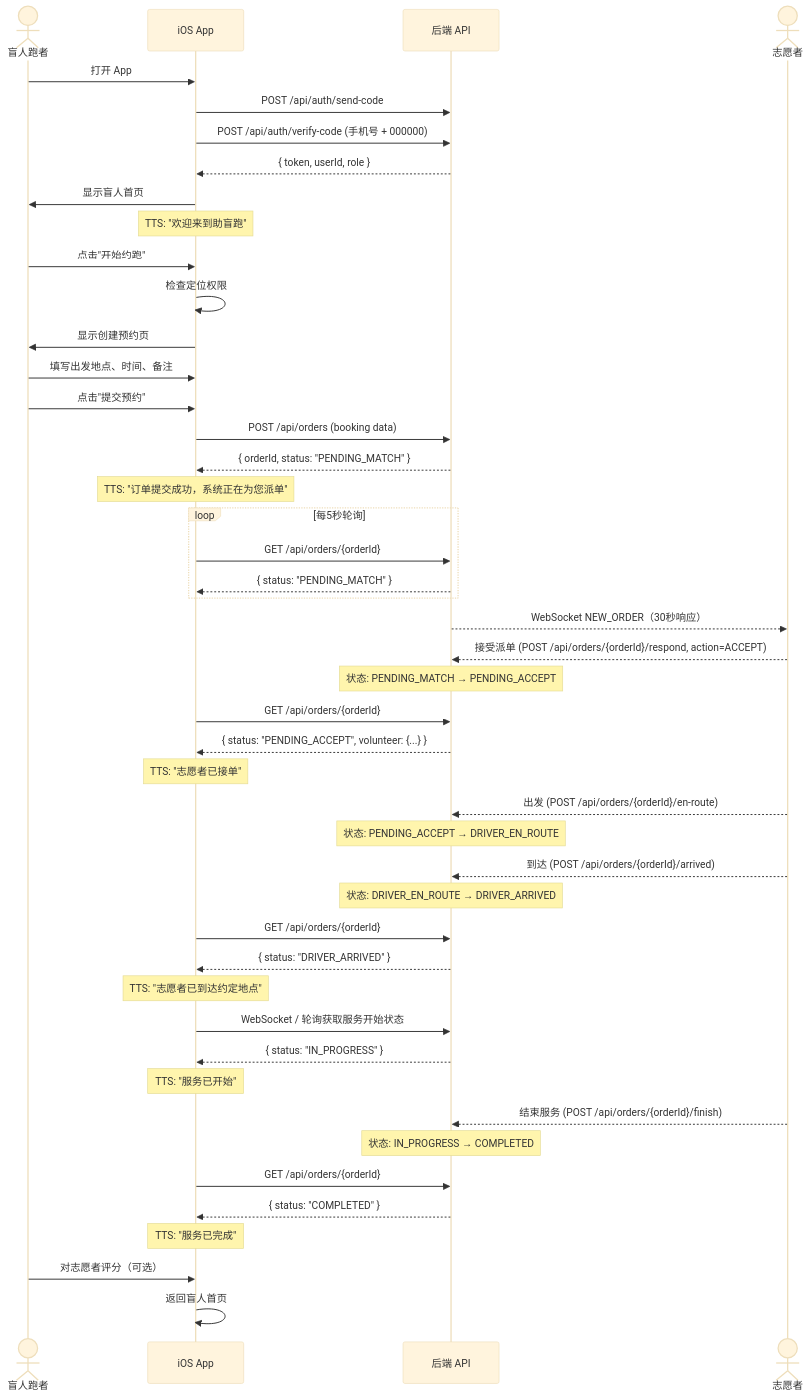
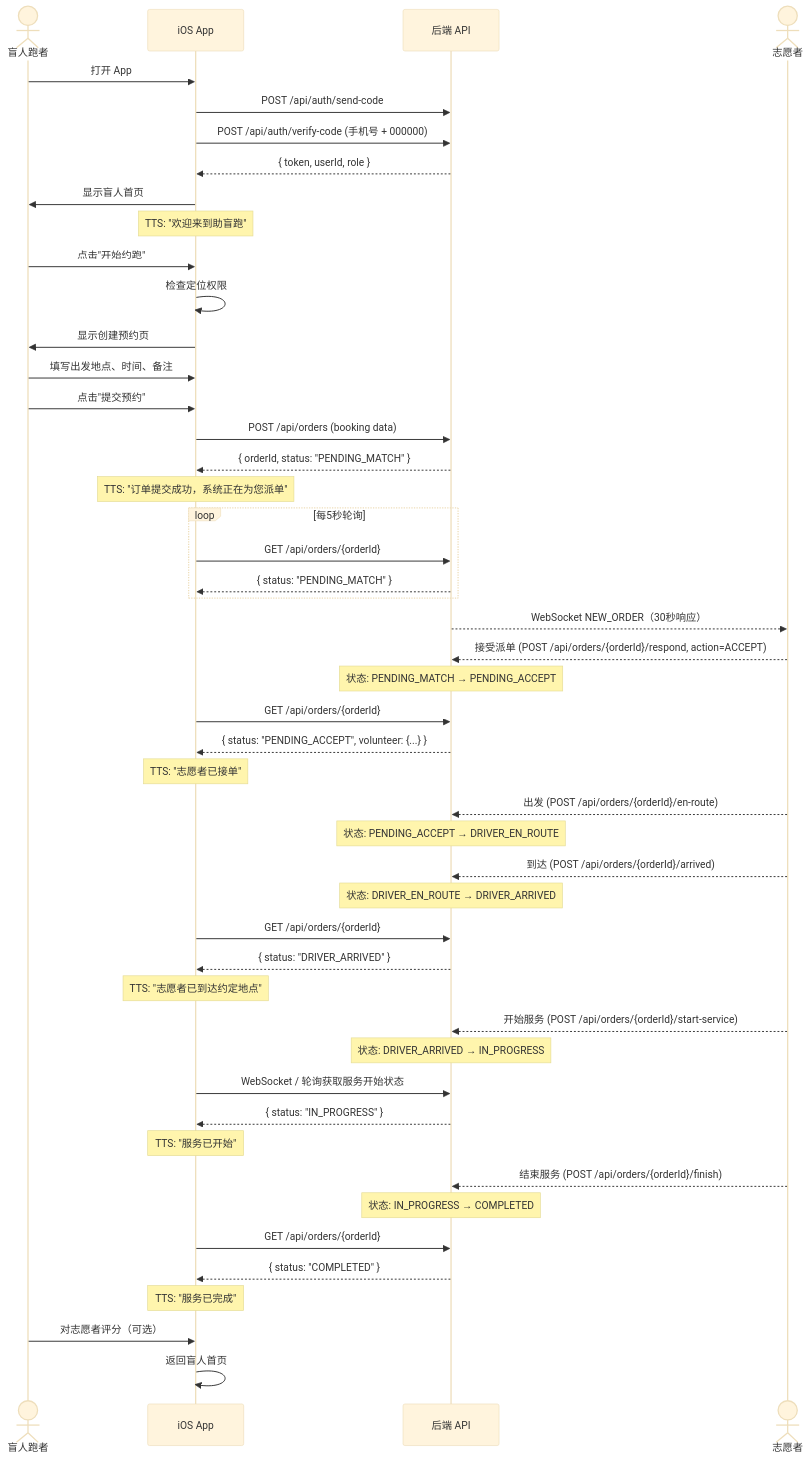
The third of 7 diagrams in docs/04-user-flows-and-state-machine.md (Jayden23018/blind-run-ios), drawn with Mermaid (base theme) before and after one commit. The commit also changed other lines of this file and 30 other files, not shown here.

Commit message:
Add volunteer start-service flow

````diff
--- a/docs/04-user-flows-and-state-machine.md
+++ b/docs/04-user-flows-and-state-machine.md
@@ -122,61 +122,63 @@
 ```mermaid
 sequenceDiagram
     actor BR as 盲人跑者
     participant App as iOS App
     participant API as 后端 API
     actor VOL as 志愿者
 
     BR->>App: 打开 App
     App->>API: POST /api/auth/send-code
     App->>API: POST /api/auth/verify-code (手机号 + 000000)
     API-->>App: { token, userId, role }
     App->>BR: 显示盲人首页
     Note over App: TTS: "欢迎来到助盲跑"
 
     BR->>App: 点击"开始约跑"
     App->>App: 检查定位权限
     App->>BR: 显示创建预约页
 
     BR->>App: 填写出发地点、时间、备注
     BR->>App: 点击"提交预约"
     App->>API: POST /api/orders (booking data)
     API-->>App: { orderId, status: "PENDING_MATCH" }
     Note over App: TTS: "订单提交成功，系统正在为您派单"
 
     loop 每5秒轮询
         App->>API: GET /api/orders/{orderId}
         API-->>App: { status: "PENDING_MATCH" }
     end
 
     API-->>VOL: WebSocket NEW_ORDER（30秒响应）
     VOL-->>API: 接受派单 (POST /api/orders/{orderId}/respond, action=ACCEPT)
     Note over API: 状态: PENDING_MATCH → PENDING_ACCEPT
 
     App->>API: GET /api/orders/{orderId}
     API-->>App: { status: "PENDING_ACCEPT", volunteer: {...} }
     Note over App: TTS: "志愿者已接单"
 
     VOL-->>API: 出发 (POST /api/orders/{orderId}/en-route)
     Note over API: 状态: PENDING_ACCEPT → DRIVER_EN_ROUTE
 
     VOL-->>API: 到达 (POST /api/orders/{orderId}/arrived)
     Note over API: 状态: DRIVER_EN_ROUTE → DRIVER_ARRIVED
 
     App->>API: GET /api/orders/{orderId}
     API-->>App: { status: "DRIVER_ARRIVED" }
     Note over App: TTS: "志愿者已到达约定地点"
 
+    VOL-->>API: 开始服务 (POST /api/orders/{orderId}/start-service)
+    Note over API: 状态: DRIVER_ARRIVED → IN_PROGRESS
     App->>API: WebSocket / 轮询获取服务开始状态
     API-->>App: { status: "IN_PROGRESS" }
     Note over App: TTS: "服务已开始"
 
     VOL-->>API: 结束服务 (POST /api/orders/{orderId}/finish)
     Note over API: 状态: IN_PROGRESS → COMPLETED
 
     App->>API: GET /api/orders/{orderId}
     API-->>App: { status: "COMPLETED" }
     Note over App: TTS: "服务已完成"
 
     BR->>App: 对志愿者评分（可选）
     App->>App: 返回盲人首页
 ```
````
